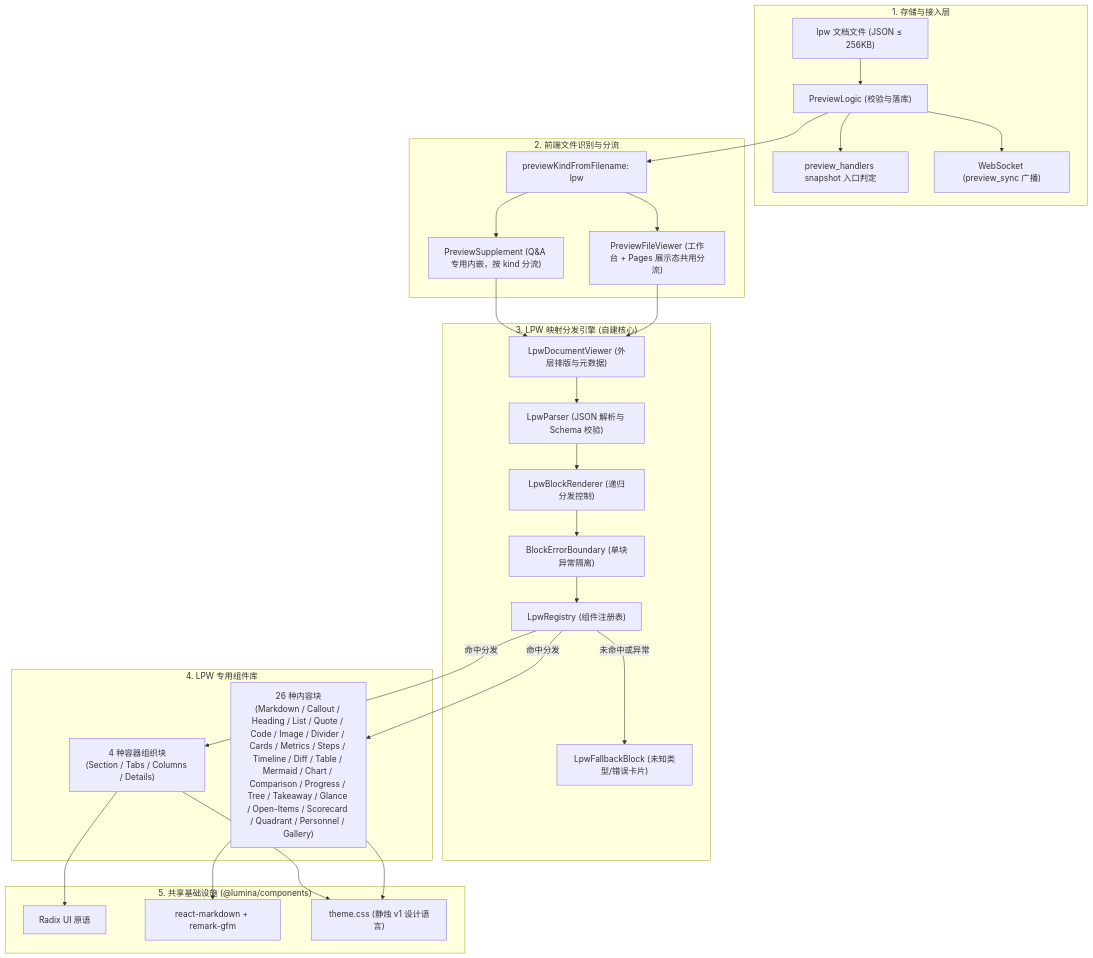
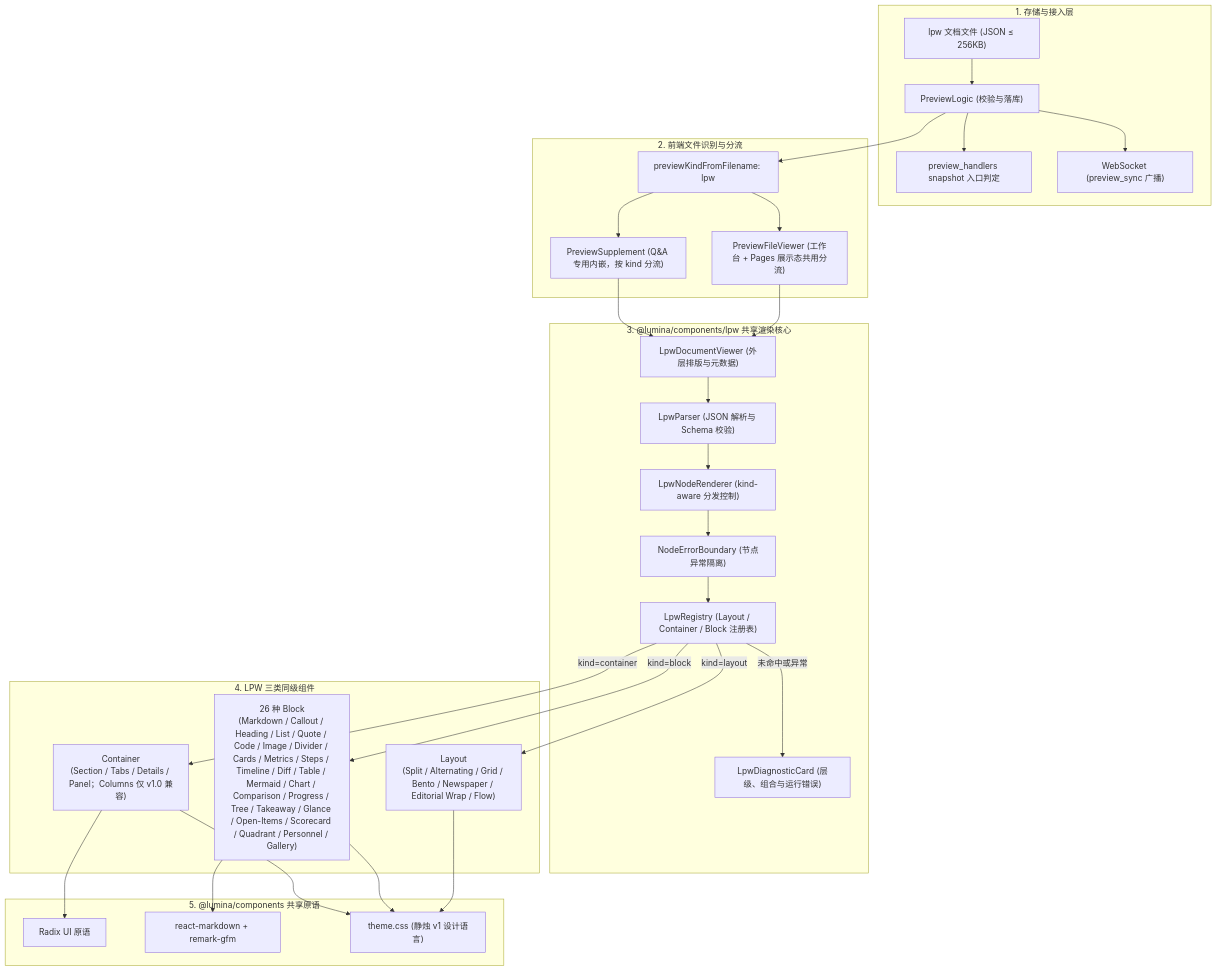
Before and after one commit to xiaolfeng/Lumina: the first of 2 diagrams in docs/engineering/design/0003-preview-lpw-document-renderer.md, drawn with Mermaid. The commit also changed other lines of this file and 1 other file, not shown here.

First line of the commit message:
docs(预览): 更新 LPW 节点模型与组件契约设计文档

````diff
--- a/docs/engineering/design/0003-preview-lpw-document-renderer.md
+++ b/docs/engineering/design/0003-preview-lpw-document-renderer.md
@@ -75,56 +87,59 @@
 ```mermaid
 flowchart TB
   subgraph S1 ["1. 存储与接入层"]
     LPWFile["lpw 文档文件 (JSON ≤ 256KB)"]
     Logic["PreviewLogic (校验与落库)"]
     MCP["preview_handlers snapshot 入口判定"]
     WS["WebSocket (preview_sync 广播)"]
     LPWFile --> Logic
     Logic --> MCP
     Logic --> WS
   end
 
   subgraph S2 ["2. 前端文件识别与分流"]
     Kind["previewKindFromFilename: lpw"]
     Viewer["PreviewFileViewer (工作台 + Pages 展示态共用分流)"]
     QAPrev["PreviewSupplement (Q&A 专用内嵌，按 kind 分流)"]
     Kind --> Viewer
     Kind --> QAPrev
   end
 
-  subgraph S3 ["3. LPW 映射分发引擎 (自建核心)"]
+  subgraph S3 ["3. @lumina/components/lpw 共享渲染核心"]
     DocShell["LpwDocumentViewer (外层排版与元数据)"]
     Parser["LpwParser (JSON 解析与 Schema 校验)"]
-    Dispatcher["LpwBlockRenderer (递归分发控制)"]
-    Boundary["BlockErrorBoundary (单块异常隔离)"]
-    Registry["LpwRegistry (组件注册表)"]
-    Fallback["LpwFallbackBlock (未知类型/错误卡片)"]
+    Dispatcher["LpwNodeRenderer (kind-aware 分发控制)"]
+    Boundary["NodeErrorBoundary (节点异常隔离)"]
+    Registry["LpwRegistry (Layout / Container / Block 注册表)"]
+    Fallback["LpwDiagnosticCard (层级、组合与运行错误)"]
 
     DocShell --> Parser
     Parser --> Dispatcher
     Dispatcher --> Boundary
     Boundary --> Registry
     Registry -->|未命中或异常| Fallback
   end
 
-  subgraph S4 ["4. LPW 专用组件库"]
-    Content["26 种内容块<br>(Markdown / Callout / Heading / List / Quote / Code / Image / Divider / Cards / Metrics / Steps / Timeline / Diff / Table / Mermaid / Chart / Comparison / Progress / Tree / Takeaway / Glance / Open-Items / Scorecard / Quadrant / Personnel / Gallery)"]
-    Container["4 种容器组织块<br>(Section / Tabs / Columns / Details)"]
+  subgraph S4 ["4. LPW 三类同级组件"]
+    Layout["Layout<br>(Split / Alternating / Grid / Bento / Newspaper / Editorial Wrap / Flow)"]
+    Container["Container<br>(Section / Tabs / Details / Panel；Columns 仅 v1.0 兼容)"]
+    Content["26 种 Block<br>(Markdown / Callout / Heading / List / Quote / Code / Image / Divider / Cards / Metrics / Steps / Timeline / Diff / Table / Mermaid / Chart / Comparison / Progress / Tree / Takeaway / Glance / Open-Items / Scorecard / Quadrant / Personnel / Gallery)"]
   end
 
-  subgraph S5 ["5. 共享基础设施 (@lumina/components)"]
+  subgraph S5 ["5. @lumina/components 共享原语"]
     UI["Radix UI 原语"]
     MDEngine["react-markdown + remark-gfm"]
     ThemeTokens["theme.css (静烛 v1 设计语言)"]
   end
 
   Logic --> Kind
   Viewer --> DocShell
   QAPrev --> DocShell
-  Registry -->|命中分发| Content
-  Registry -->|命中分发| Container
+  Registry -->|kind=layout| Layout
+  Registry -->|kind=container| Container
+  Registry -->|kind=block| Content
+  Layout --> ThemeTokens
   Content --> MDEngine
   Content --> ThemeTokens
   Container --> UI
   Container --> ThemeTokens
 ```
````
